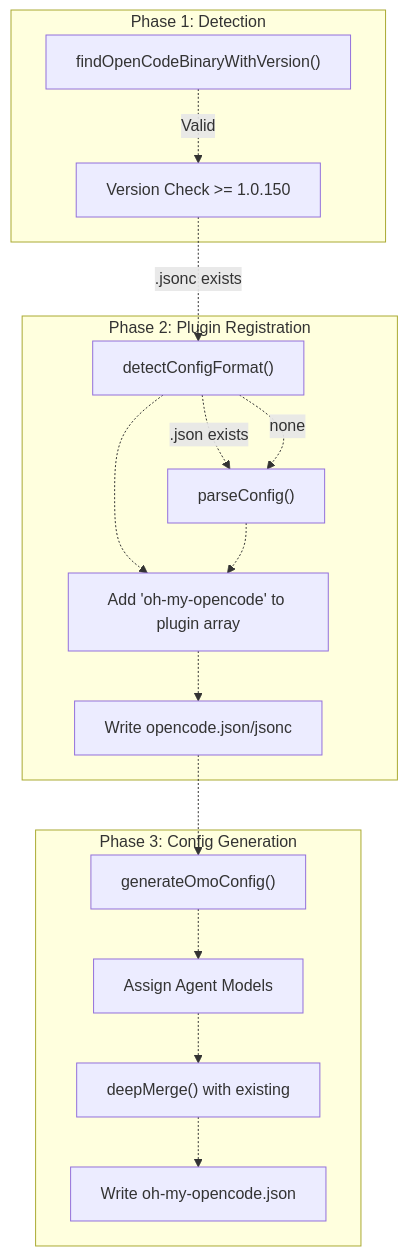
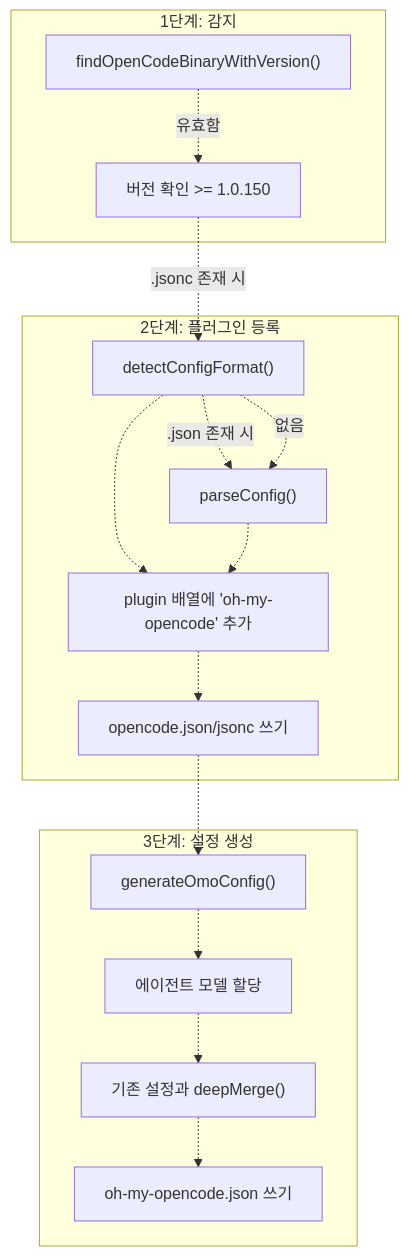
One commit to felipetruman/oh-my-opencode-docs changed the second of 6 diagrams in docs/getting-started/installation.md. Above: the diagram before and after it, drawn with Mermaid. The commit also changed other lines of this file and 76 other files, not shown here.

````diff
--- a/docs/getting-started/installation.md
+++ b/docs/getting-started/installation.md
@@ -114,45 +114,45 @@
 ```mermaid
 flowchart TD
 
 FindBinary["findOpenCodeBinaryWithVersion()"]
-CheckVersion["Version Check >= 1.0.150"]
+CheckVersion["버전 확인 >= 1.0.150"]
 DetectFormat["detectConfigFormat()"]
 ParseConfig["parseConfig()"]
-AddPlugin["Add 'oh-my-opencode' to plugin array"]
-WriteOpenCode["Write opencode.json/jsonc"]
+AddPlugin["plugin 배열에 'oh-my-opencode' 추가"]
+WriteOpenCode["opencode.json/jsonc 쓰기"]
 BuildConfig["generateOmoConfig()"]
-AssignModels["Assign Agent Models"]
-MergeExisting["deepMerge() with existing"]
-WriteOmo["Write oh-my-opencode.json"]
+AssignModels["에이전트 모델 할당"]
+MergeExisting["기존 설정과 deepMerge()"]
+WriteOmo["oh-my-opencode.json 쓰기"]
 
-CheckVersion -.->|".jsonc exists"| DetectFormat
+CheckVersion -.->|".jsonc 존재 시"| DetectFormat
 WriteOpenCode -.-> BuildConfig
 
-subgraph subGraph2 ["Phase 3: Config Generation"]
+subgraph subGraph2 ["3단계: 설정 생성"]
     BuildConfig
     AssignModels
     MergeExisting
     WriteOmo
     BuildConfig -.-> AssignModels
     AssignModels -.-> MergeExisting
     MergeExisting -.-> WriteOmo
 end
 
-subgraph subGraph1 ["Phase 2: Plugin Registration"]
+subgraph subGraph1 ["2단계: 플러그인 등록"]
     DetectFormat
     ParseConfig
     AddPlugin
     WriteOpenCode
-    DetectFormat -.->|".json exists"| ParseConfig
-    DetectFormat -.->|"none"| ParseConfig
+    DetectFormat -.->|".json 존재 시"| ParseConfig
+    DetectFormat -.->|"없음"| ParseConfig
     DetectFormat -.-> AddPlugin
     ParseConfig -.-> AddPlugin
     AddPlugin -.-> WriteOpenCode
 end
 
-subgraph subGraph0 ["Phase 1: Detection"]
+subgraph subGraph0 ["1단계: 감지"]
     FindBinary
     CheckVersion
-    FindBinary -.->|"Valid"| CheckVersion
+    FindBinary -.->|"유효함"| CheckVersion
 end
 ```
````
